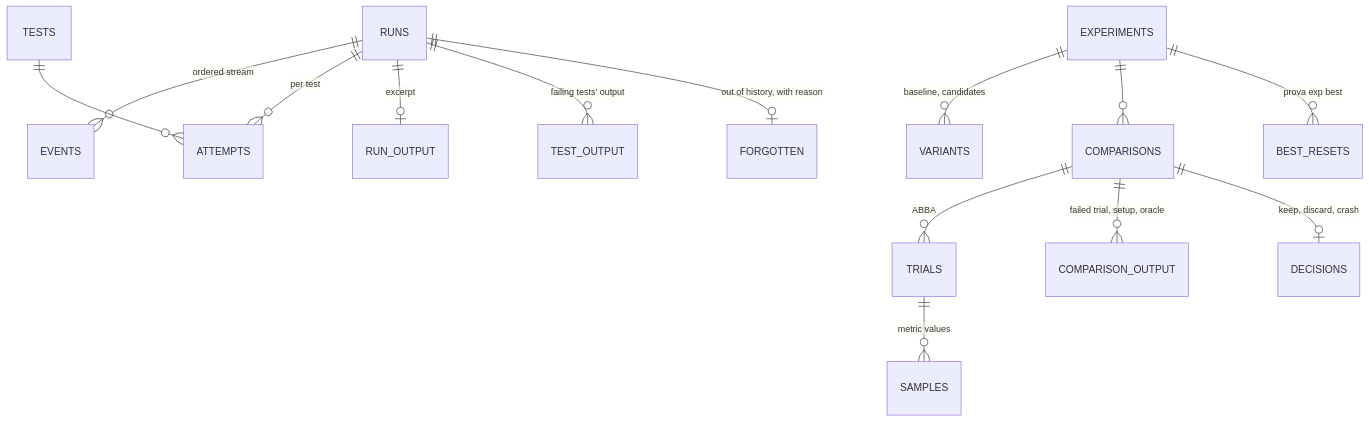
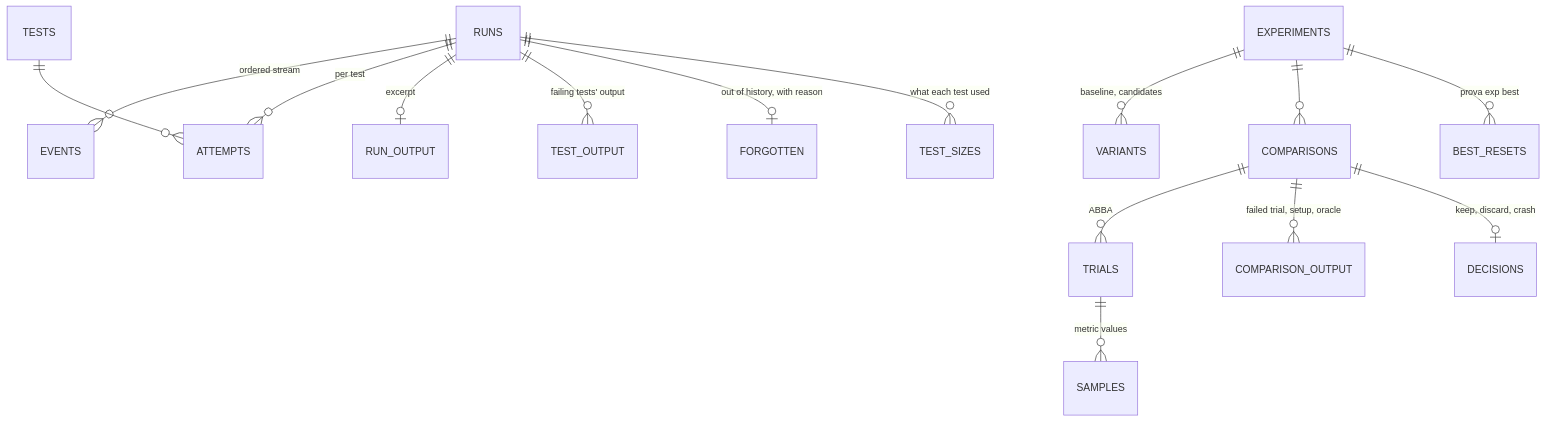
The sixth of 6 diagrams in docs/architecture.md (fals/prova), drawn with Mermaid before and after one commit. The commit also changed other lines of this file and 12 other files, not shown here.

````diff
--- a/docs/architecture.md
+++ b/docs/architecture.md
@@ -335,16 +360,17 @@
 ```mermaid
 erDiagram
     RUNS ||--o{ EVENTS : "ordered stream"
     RUNS ||--o{ ATTEMPTS : "per test"
     TESTS ||--o{ ATTEMPTS : ""
     RUNS ||--o| RUN_OUTPUT : "excerpt"
     RUNS ||--o{ TEST_OUTPUT : "failing tests' output"
     RUNS ||--o| FORGOTTEN : "out of history, with reason"
+    RUNS ||--o{ TEST_SIZES : "what each test used"
     EXPERIMENTS ||--o{ VARIANTS : "baseline, candidates"
     EXPERIMENTS ||--o{ COMPARISONS : ""
     EXPERIMENTS ||--o{ BEST_RESETS : "prova exp best"
     COMPARISONS ||--o{ TRIALS : "ABBA"
     COMPARISONS ||--o{ COMPARISON_OUTPUT : "failed trial, setup, oracle"
     TRIALS ||--o{ SAMPLES : "metric values"
     COMPARISONS ||--o| DECISIONS : "keep, discard, crash"
 ```
````
